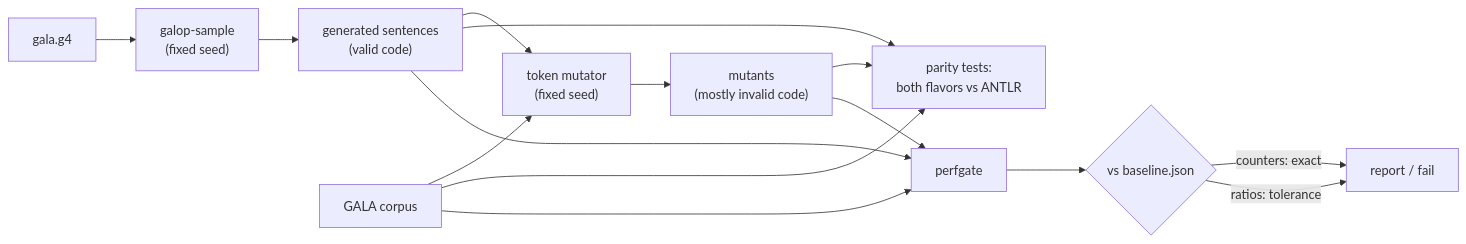
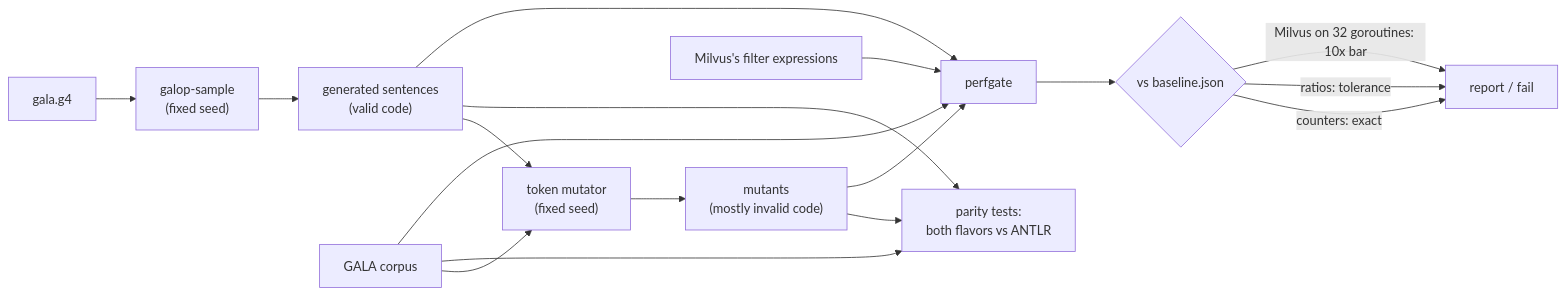
The diagram in docs/FUZZ_AND_PERF.md (martianoff/galop), drawn with Mermaid before and after one commit. The commit also changed other lines of this file and 13 other files, not shown here.

````diff
--- a/docs/FUZZ_AND_PERF.md
+++ b/docs/FUZZ_AND_PERF.md
@@ -12,17 +14,19 @@
 ```mermaid
 flowchart LR
   g["gala.g4"] --> s["galop-sample<br/>(fixed seed)"]
   s --> v["generated sentences<br/>(valid code)"]
   c["GALA corpus"] --> m["token mutator<br/>(fixed seed)"]
   v --> m
   m --> i["mutants<br/>(mostly invalid code)"]
   v --> p["parity tests:<br/>both flavors vs ANTLR"]
   i --> p
   c --> p
   v --> q["perfgate"]
   i --> q
   c --> q
+  x["Milvus's filter expressions"] --> q
   q --> b{"vs baseline.json"}
   b -- "counters: exact" --> r["report / fail"]
   b -- "ratios: tolerance" --> r
+  b -- "Milvus on 32 goroutines: 10x bar" --> r
 ```
````
